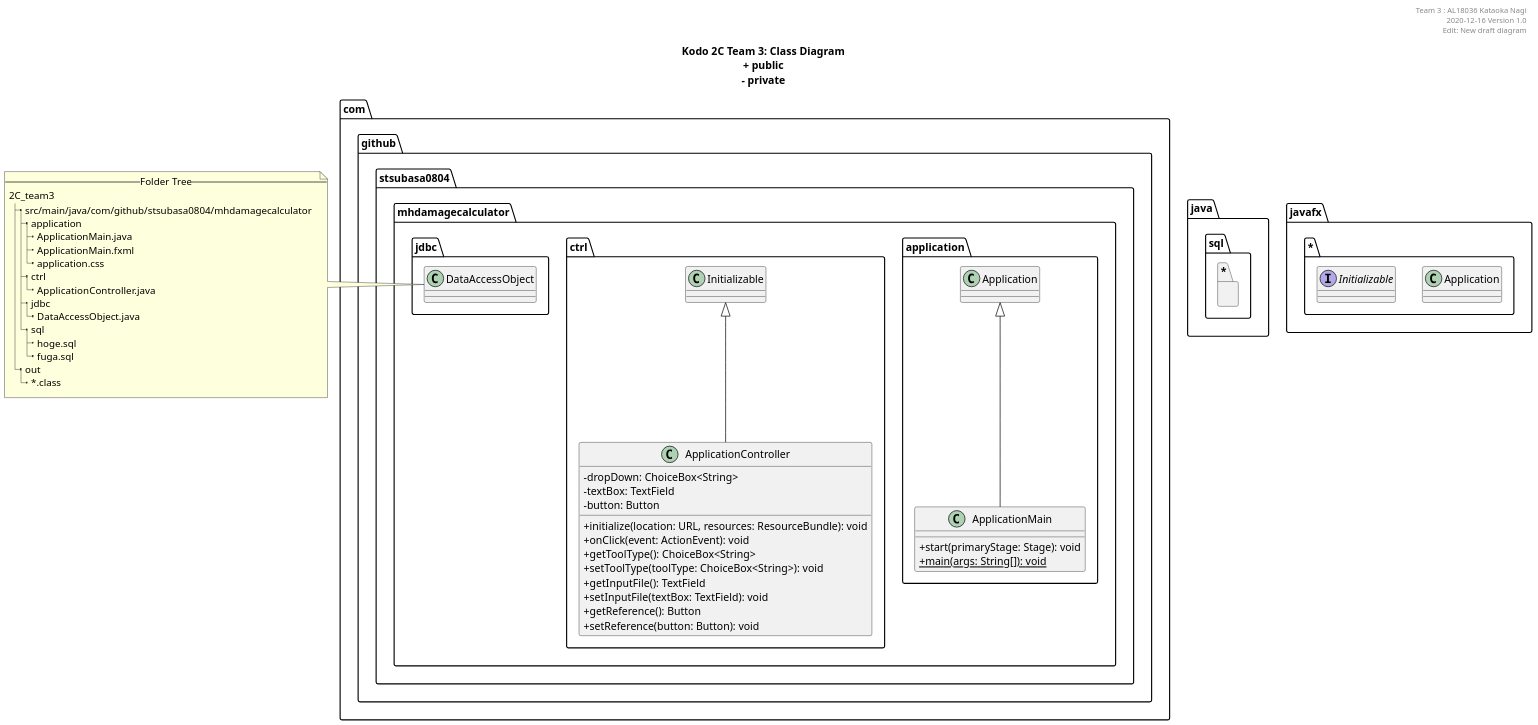
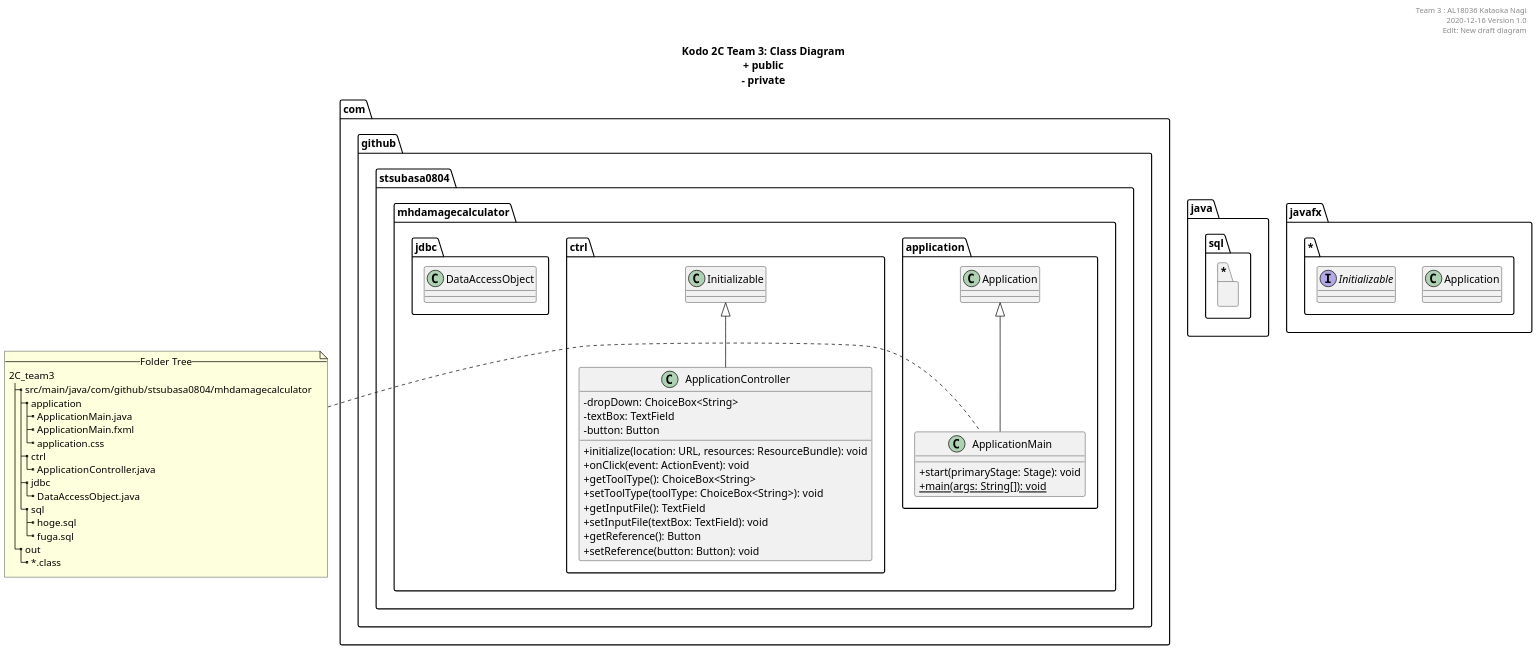
Before and after one commit to KataokaNagi/2C_team3: the diagram in uml/class_diagram.pu, drawn with PlantUML.

Commit message:
フォルダ構造をmain文に関連付け

```diff
--- a/uml/class_diagram.pu
+++ b/uml/class_diagram.pu
@@ -38,6 +38,7 @@
 
 package com.github.stsubasa0804.mhdamagecalculator {
   package com.github.stsubasa0804.mhdamagecalculator.application {
+    class ApplicationMain
   }
   package com.github.stsubasa0804.mhdamagecalculator.ctrl {
   }
@@ -49,6 +50,27 @@
 package javafx.* {
 }
 ' com.github.stsubasa0804.mhdamagecalculator.jdbc +-- java.sql.*
+
+''''''''''''''''''''''''''''''''''''''''''''''''''''''''''''''''''''''''''''''''
+
+note left
+  --Folder Tree--
+  2C_team3
+  |_ src/main/java/com/github/stsubasa0804/mhdamagecalculator
+    |_ application
+      |_ ApplicationMain.java
+      |_ ApplicationMain.fxml
+      |_ application.css
+    |_ ctrl
+      |_ ApplicationController.java
+    |_ jdbc
+      |_ DataAccessObject.java
+    |_ sql
+      |_ hoge.sql
+      |_ fuga.sql
+  |_ out
+    |_ ~*.class
+end note
 
 ''''''''''''''''''''''''''''''''''''''''''''''''''''''''''''''''''''''''''''''''
 
@@ -101,25 +123,6 @@
 }
 
 ''''''''''''''''''''''''''''''''''''''''''''''''''''''''''''''''''''''''''''''''
-
-note left
-  --Folder Tree--
-  2C_team3
-  |_ src/main/java/com/github/stsubasa0804/mhdamagecalculator
-    |_ application
-      |_ ApplicationMain.java
-      |_ ApplicationMain.fxml
-      |_ application.css
-    |_ ctrl
-      |_ ApplicationController.java
-    |_ jdbc
-      |_ DataAccessObject.java
-    |_ sql
-      |_ hoge.sql
-      |_ fuga.sql
-  |_ out
-    |_ ~*.class
-end note
 
 ' ********** PlantUML Sample **********
 
```
